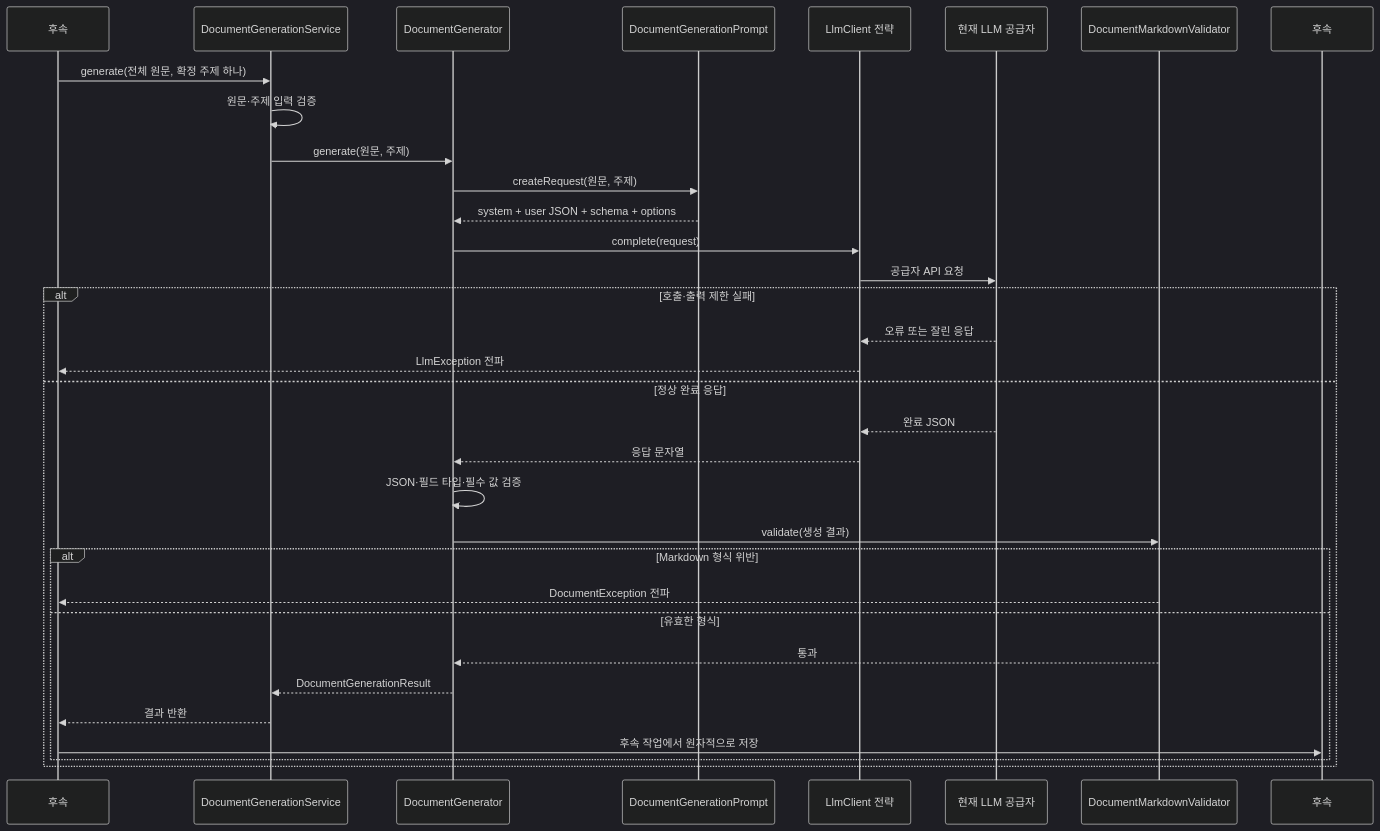
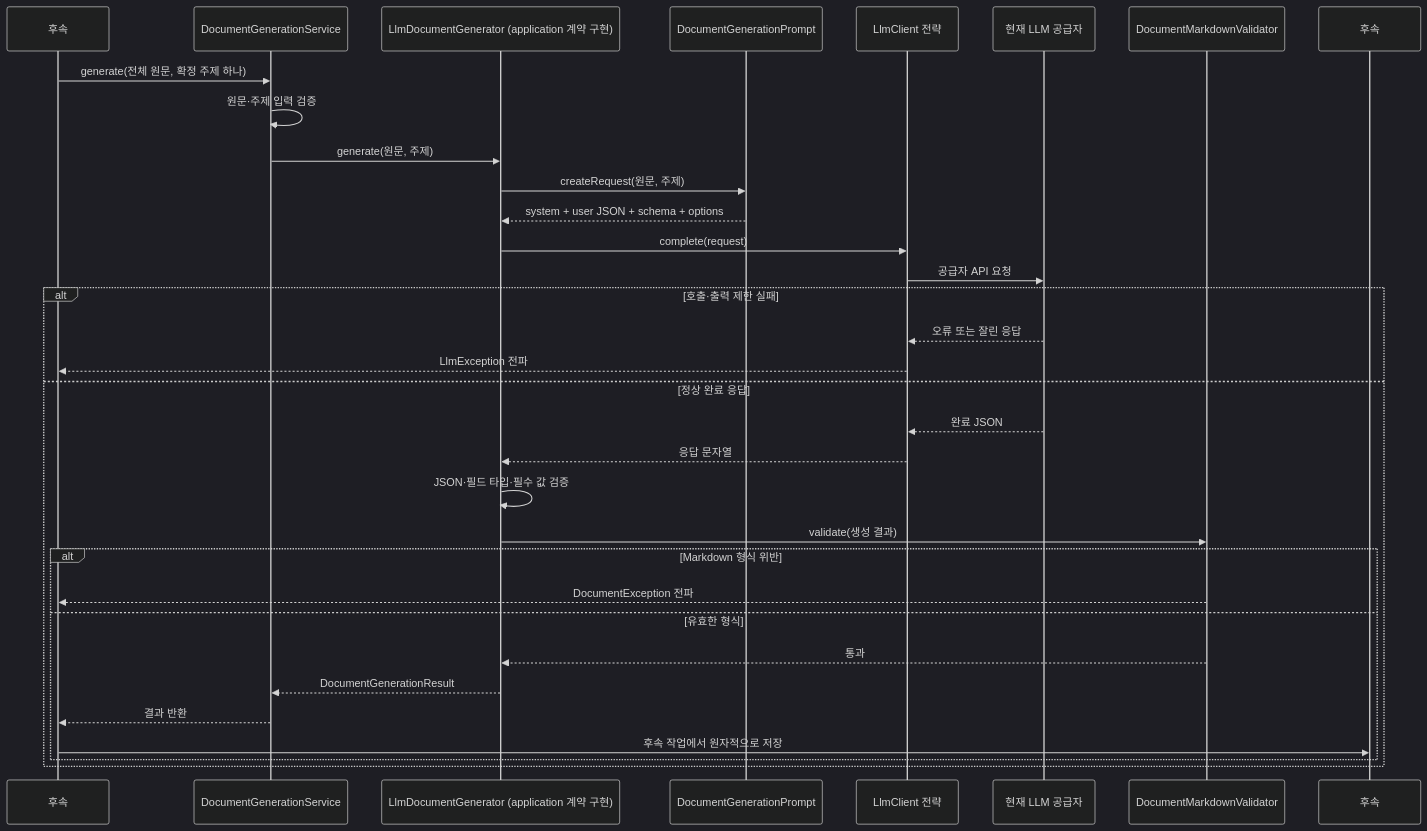
Before and after one commit to woowacourse-teams/2026-Knot: the second of 2 diagrams in docs/implement-plan/522-topic-markdown-generation.md, drawn with Mermaid (dark theme). The commit also changed other lines of this file and 2 other files, not shown here.

````diff
--- a/docs/implement-plan/522-topic-markdown-generation.md
+++ b/docs/implement-plan/522-topic-markdown-generation.md
@@ -69,35 +69,35 @@
 ```mermaid
 sequenceDiagram
     participant Worker as 후속 #525 실행기
     participant Service as DocumentGenerationService
-    participant Generator as DocumentGenerator
+    participant Generator as LlmDocumentGenerator (application 계약 구현)
     participant Prompt as DocumentGenerationPrompt
     participant Client as LlmClient 전략
     participant Model as 현재 LLM 공급자
     participant Validator as DocumentMarkdownValidator
     participant Save as 후속 #524 저장 서비스
     Worker->>Service: generate(전체 원문, 확정 주제 하나)
     Service->>Service: 원문·주제 입력 검증
     Service->>Generator: generate(원문, 주제)
     Generator->>Prompt: createRequest(원문, 주제)
     Prompt-->>Generator: system + user JSON + schema + options
     Generator->>Client: complete(request)
     Client->>Model: 공급자 API 요청
     alt 호출·출력 제한 실패
         Model-->>Client: 오류 또는 잘린 응답
         Client-->>Worker: LlmException 전파
     else 정상 완료 응답
         Model-->>Client: 완료 JSON
         Client-->>Generator: 응답 문자열
         Generator->>Generator: JSON·필드 타입·필수 값 검증
         Generator->>Validator: validate(생성 결과)
         alt Markdown 형식 위반
             Validator-->>Worker: DocumentException 전파
         else 유효한 형식
             Validator-->>Generator: 통과
             Generator-->>Service: DocumentGenerationResult
             Service-->>Worker: 결과 반환
             Worker->>Save: 후속 작업에서 원자적으로 저장
         end
     end
 ```
````
